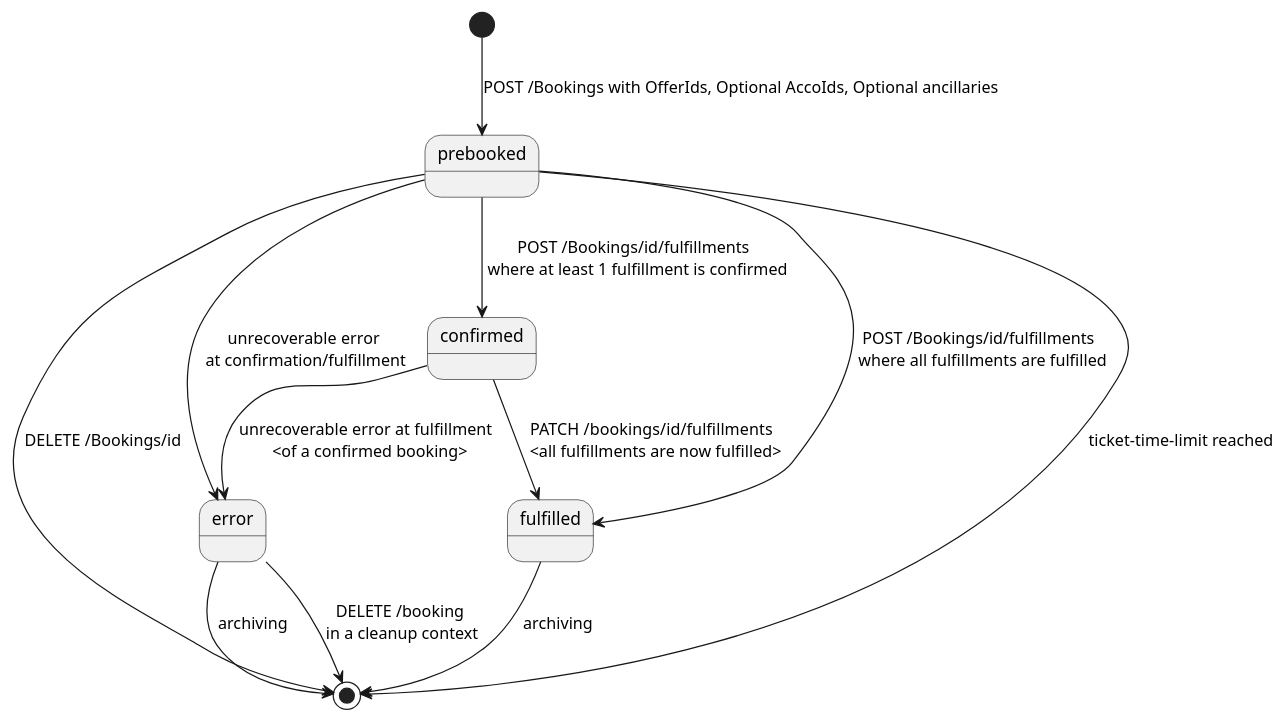
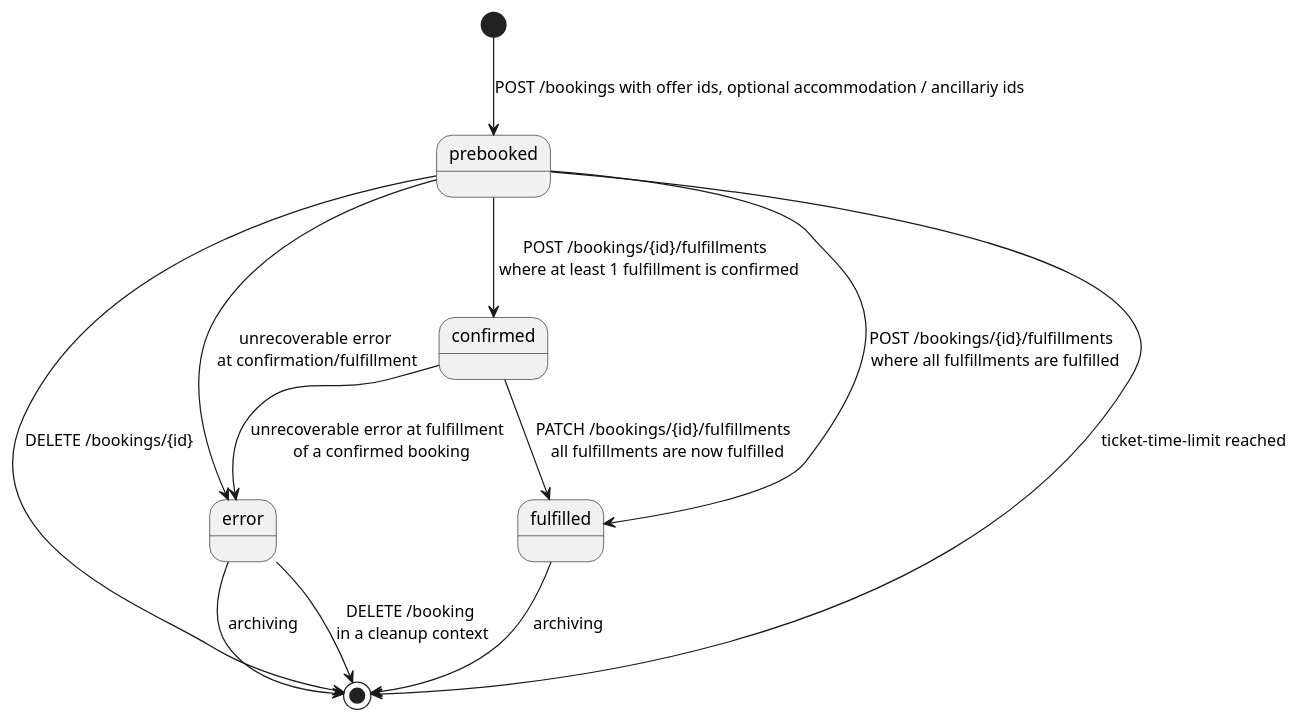
Before and after one commit to UnionInternationalCheminsdeFer/OSDM: the diagram in images/models/booking-state-model.puml, drawn with PlantUML. The commit also changed 2 other files, not shown here.

Commit message:
update the state diagrams

```diff
--- a/images/models/booking-state-model.puml
+++ b/images/models/booking-state-model.puml
@@ -1,14 +1,14 @@
 @startuml
-[*] --> prebooked : POST /Bookings with OfferIds, Optional AccoIds, Optional ancillaries
+[*] --> prebooked : POST /bookings with offer ids, optional accommodation / ancillariy ids
 
-prebooked --> confirmed: POST /Bookings/id/fulfillments \n where at least 1 fulfillment is confirmed
-prebooked --> [*]: DELETE /Bookings/id
+prebooked --> confirmed: POST /bookings/{id}/fulfillments \n where at least 1 fulfillment is confirmed
+prebooked --> [*]: DELETE /bookings/{id}
 prebooked --> [*]: ticket-time-limit reached
 prebooked --> error: unrecoverable error \nat confirmation/fulfillment
-prebooked --> fulfilled: POST /Bookings/id/fulfillments \n where all fulfillments are fulfilled
-confirmed --> fulfilled: PATCH /bookings/id/fulfillments \n <all fulfillments are now fulfilled>
-confirmed --> error: unrecoverable error at fulfillment \n <of a confirmed booking>
+prebooked --> fulfilled: POST /bookings/{id}/fulfillments \n where all fulfillments are fulfilled
+confirmed --> fulfilled: PATCH /bookings/{id}/fulfillments \n all fulfillments are now fulfilled
+confirmed --> error: unrecoverable error at fulfillment \n of a confirmed booking
 fulfilled --> [*] : archiving
 error --> [*] : DELETE /booking \nin a cleanup context
 error --> [*] : archiving
 @enduml
```
